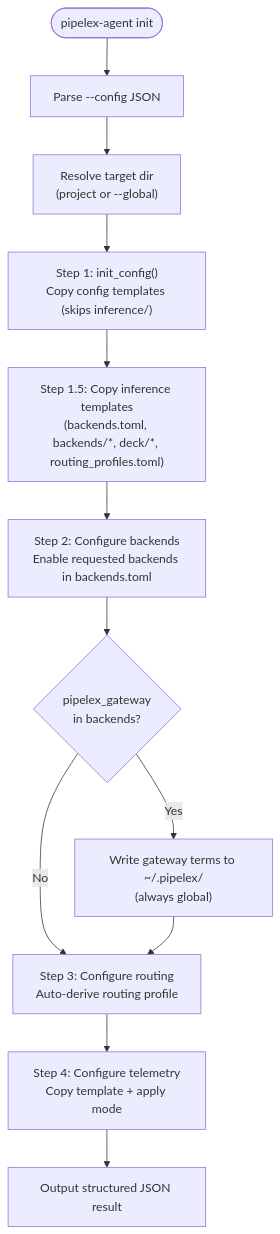
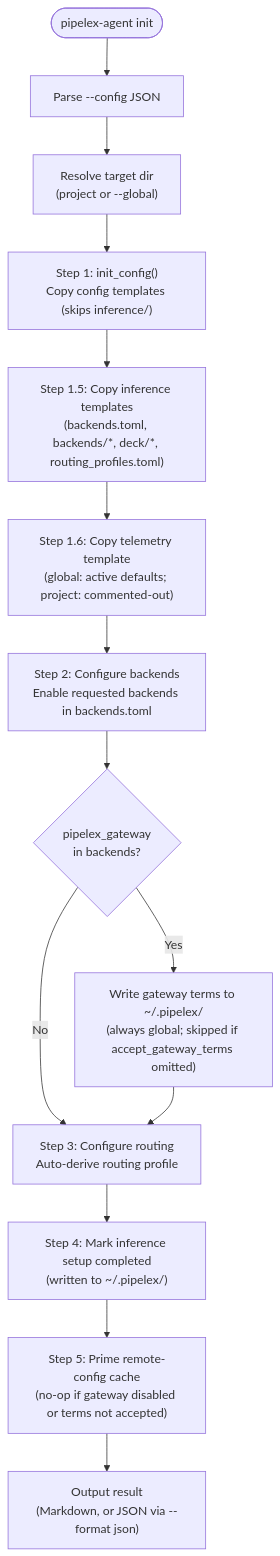
Before and after one commit to Pipelex/pipelex: the third of 3 diagrams in docs/under-the-hood/init-cli-flows.md, drawn with Mermaid. The commit also changed other lines of this file and 15 other files, not shown here.

````diff
--- a/docs/under-the-hood/init-cli-flows.md
+++ b/docs/under-the-hood/init-cli-flows.md
@@ -408,14 +409,16 @@
 ```mermaid
 flowchart TD
     START([pipelex-agent init]) --> PARSE["Parse --config JSON"]
     PARSE --> RESOLVE["Resolve target dir<br/>(project or --global)"]
     RESOLVE --> STEP1["Step 1: init_config()<br/>Copy config templates (skips inference/)"]
     STEP1 --> STEP15["Step 1.5: Copy inference templates<br/>(backends.toml, backends/*, deck/*, routing_profiles.toml)"]
-    STEP15 --> STEP2["Step 2: Configure backends<br/>Enable requested backends in backends.toml"]
+    STEP15 --> STEP16["Step 1.6: Copy telemetry template<br/>(global: active defaults; project: commented-out)"]
+    STEP16 --> STEP2["Step 2: Configure backends<br/>Enable requested backends in backends.toml"]
     STEP2 --> GW{pipelex_gateway<br/>in backends?}
-    GW -- Yes --> TERMS["Write gateway terms to ~/.pipelex/<br/>(always global)"]
+    GW -- Yes --> TERMS["Write gateway terms to ~/.pipelex/<br/>(always global; skipped if accept_gateway_terms omitted)"]
     GW -- No --> STEP3
     TERMS --> STEP3["Step 3: Configure routing<br/>Auto-derive routing profile"]
-    STEP3 --> STEP4["Step 4: Configure telemetry<br/>Copy template + apply mode"]
-    STEP4 --> OUTPUT["Output structured JSON result"]
+    STEP3 --> STEP4["Step 4: Mark inference setup completed<br/>(written to ~/.pipelex/)"]
+    STEP4 --> STEP5["Step 5: Prime remote-config cache<br/>(no-op if gateway disabled or terms not accepted)"]
+    STEP5 --> OUTPUT["Output result<br/>(Markdown, or JSON via --format json)"]
 ```
````
